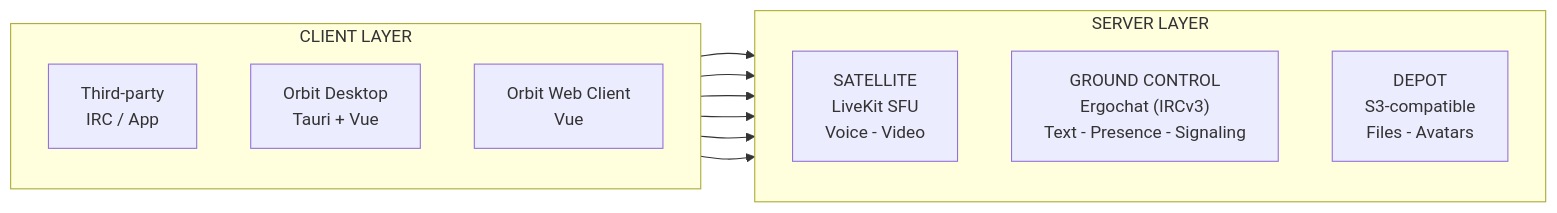
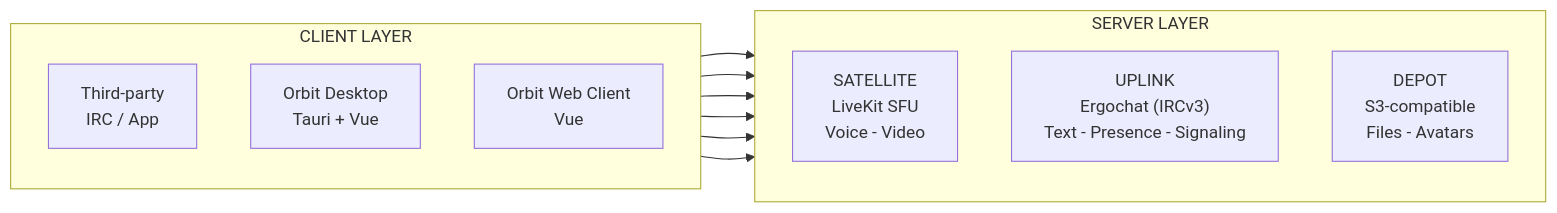
Before and after one commit to hivecom/orbit-spec: the first of 4 diagrams in spec/01-architecture/01-overview.md, drawn with Mermaid. The commit also changed other lines of this file and 45 other files, not shown here.

First line of the commit message:
Rename Ground Control to Uplink and reorganize

````diff
--- a/spec/01-architecture/01-overview.md
+++ b/spec/01-architecture/01-overview.md
@@ -17,23 +17,23 @@
 ```mermaid
 flowchart LR
   subgraph CLIENTS["CLIENT LAYER"]
     direction TB
     C["Third-party\nIRC / App"]
     A["Orbit Desktop\nTauri + Vue"]
     B["Orbit Web Client\nVue"]
   end
 
   subgraph SERVERS["SERVER LAYER"]
     direction TB
     SAT["SATELLITE\nLiveKit SFU\nVoice - Video"]
-    GC["GROUND CONTROL\nErgochat (IRCv3)\nText - Presence - Signaling"]
+    GC["UPLINK\nErgochat (IRCv3)\nText - Presence - Signaling"]
     DEPOT["DEPOT\nS3-compatible\nFiles - Avatars"]
   end
 
   C --> GC
   C --> SAT
   A --> GC
   A --> SAT
   B --> GC
   B --> SAT
 ```
````
